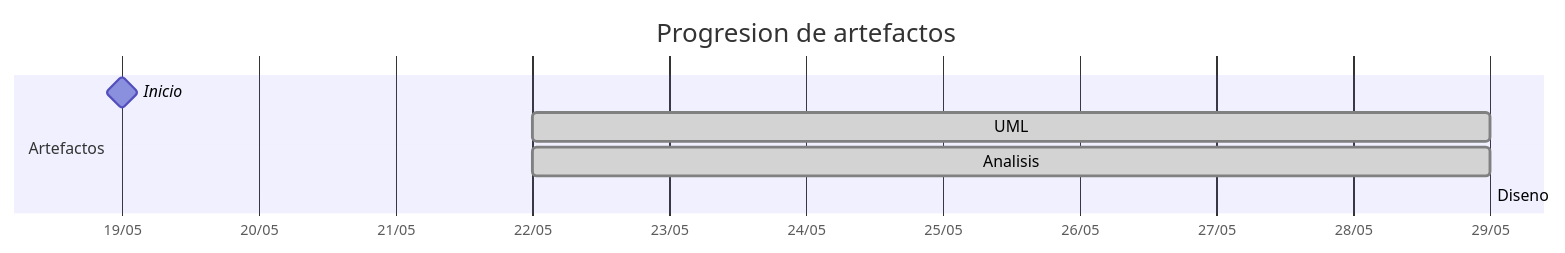
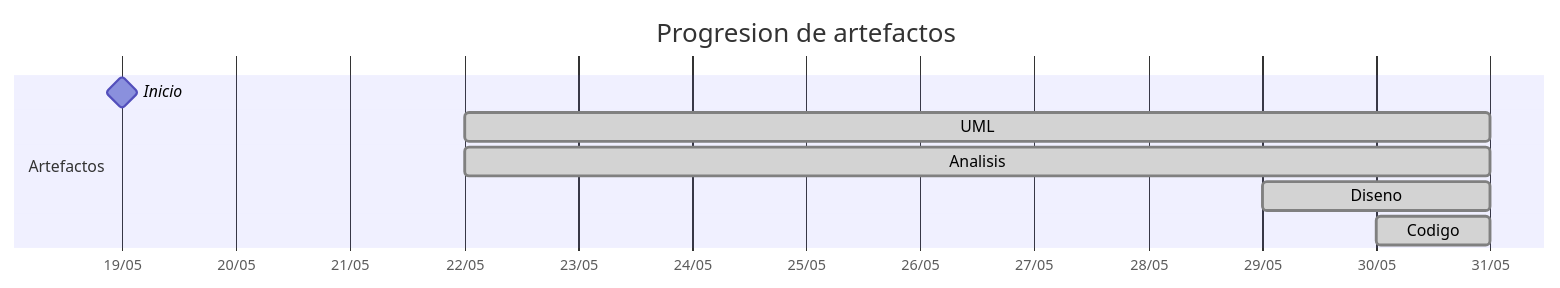
Before and after one commit to carlos-alvarado-25/25-26-idsw2-sdVC: the diagram in TIMELINES/31Diego.md, drawn with Mermaid. The commit also changed other lines of this file and 10 other files, not shown here.

````diff
--- a/TIMELINES/31Diego.md
+++ b/TIMELINES/31Diego.md
@@ -19,11 +19,12 @@
 ```mermaid
 gantt
     title Progresion de artefactos
     dateFormat YYYY-MM-DD
     axisFormat %d/%m
     section Artefactos
         Inicio       :milestone, 2026-05-19, 0d
-        UML          :done, 2026-05-22, 2026-05-29
-        Analisis     :done, 2026-05-22, 2026-05-29
-        Diseno       :done, 2026-05-29, 2026-05-29
+        UML          :done, 2026-05-22, 2026-05-31
+        Analisis     :done, 2026-05-22, 2026-05-31
+        Diseno       :done, 2026-05-29, 2026-05-31
+        Codigo       :done, 2026-05-30, 2026-05-31
 ```
````
